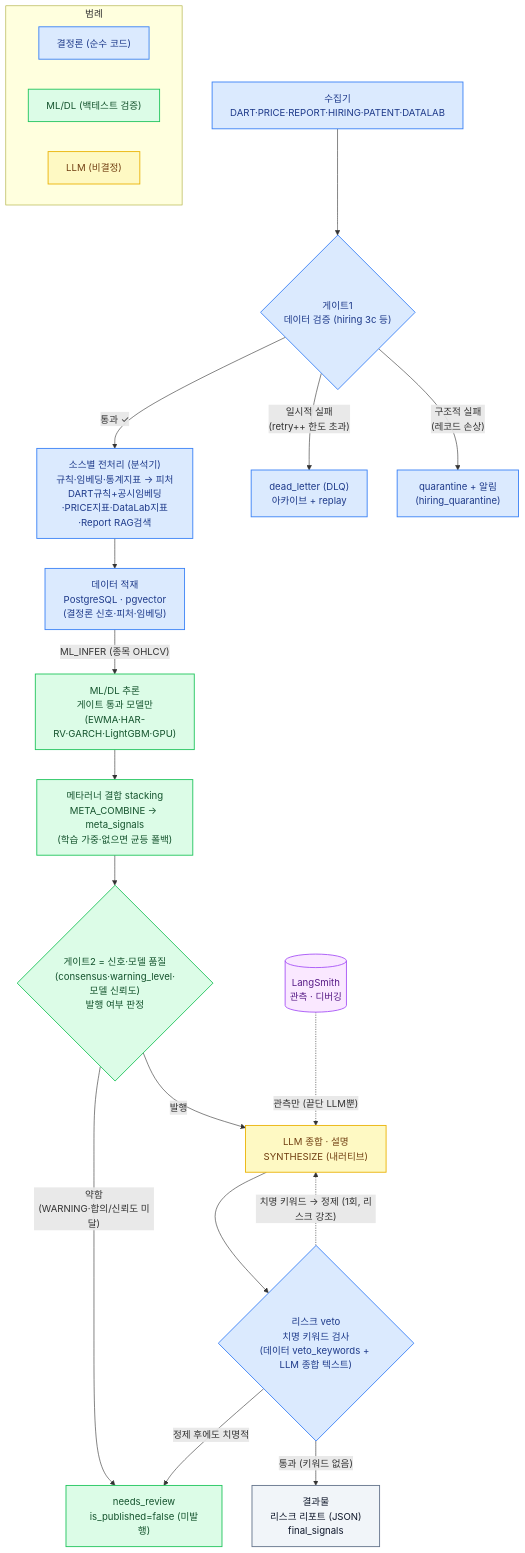
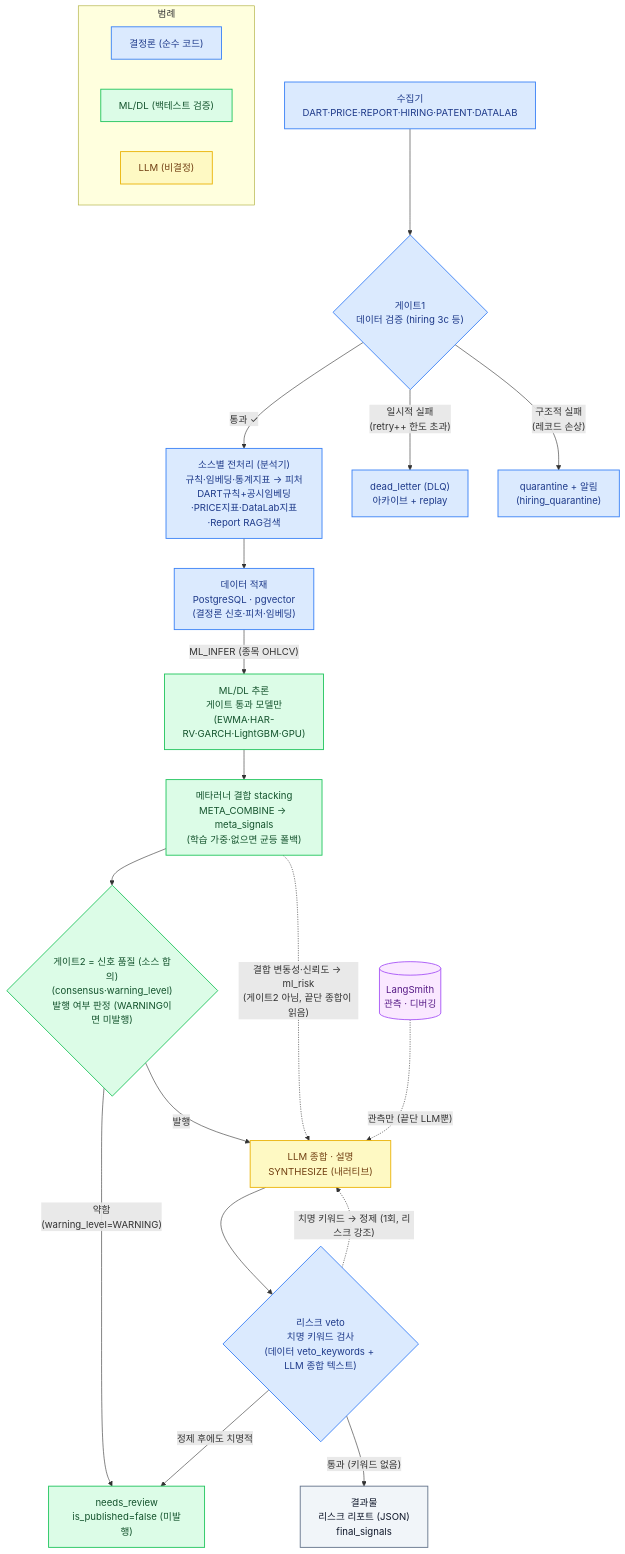
One commit to AIX14-3/signal-alpha changed the diagram in docs/design/architecture.mermaid. Above: the diagram before and after it, drawn with Mermaid. The commit also changed 14 other files, not shown here.

```diff
--- a/docs/design/architecture.mermaid
+++ b/docs/design/architecture.mermaid
@@ -1,35 +1,36 @@
 flowchart TD
     A["수집기<br/>DART·PRICE·REPORT·HIRING·PATENT·DATALAB"]:::det --> G1{"게이트1<br/>데이터 검증 (hiring 3c 등)"}:::det
 
     G1 -->|"통과 ✓"| B["소스별 전처리 (분석기)<br/>규칙·임베딩·통계지표 → 피처<br/>DART규칙+공시임베딩·PRICE지표·DataLab지표·Report RAG검색"]:::det
     G1 -->|"일시적 실패<br/>(retry++ 한도 초과)"| DLQ["dead_letter (DLQ)<br/>아카이브 + replay"]:::det
     G1 -->|"구조적 실패<br/>(레코드 손상)"| Q["quarantine + 알림<br/>(hiring_quarantine)"]:::det
 
     B --> C["데이터 적재<br/>PostgreSQL · pgvector<br/>(결정론 신호·피처·임베딩)"]:::det
 
     C -->|"ML_INFER (종목 OHLCV)"| D["ML/DL 추론<br/>게이트 통과 모델만<br/>(EWMA·HAR-RV·GARCH·LightGBM·GPU)"]:::ml
     D --> E["메타러너 결합 stacking<br/>META_COMBINE → meta_signals<br/>(학습 가중·없으면 균등 폴백)"]:::ml
-    E --> G2{"게이트2 = 신호·모델 품질<br/>(consensus·warning_level·모델 신뢰도)<br/>발행 여부 판정"}:::ml
+    E --> G2{"게이트2 = 신호 품질 (소스 합의)<br/>(consensus·warning_level)<br/>발행 여부 판정 (WARNING이면 미발행)"}:::ml
 
-    G2 -->|"약함<br/>(WARNING·합의/신뢰도 미달)"| NR["needs_review<br/>is_published=false (미발행)"]:::ml
+    G2 -->|"약함<br/>(warning_level=WARNING)"| NR["needs_review<br/>is_published=false (미발행)"]:::ml
     G2 -->|"발행"| L["LLM 종합 · 설명<br/>SYNTHESIZE (내러티브)"]:::llm
+    E -. "결합 변동성·신뢰도 → ml_risk<br/>(게이트2 아님, 끝단 종합이 읽음)" .-> L
 
     L --> V{"리스크 veto<br/>치명 키워드 검사<br/>(데이터 veto_keywords + LLM 종합 텍스트)"}:::det
     V -->|"통과 (키워드 없음)"| O["결과물<br/>리스크 리포트 (JSON)<br/>final_signals"]:::out
     V -. "치명 키워드 → 정제 (1회, 리스크 강조)" .-> L
     V -->|"정제 후에도 치명적"| NR
 
     LS[("LangSmith<br/>관측 · 디버깅")]:::obs -. "관측만 (끝단 LLM뿐)" .-> L
 
     subgraph 범례 [" 범례 "]
         direction LR
         K1["결정론 (순수 코드)"]:::det
         K2["ML/DL (백테스트 검증)"]:::ml
         K3["LLM (비결정)"]:::llm
     end
 
     classDef det fill:#dbeafe,stroke:#3b82f6,stroke-width:1.5px,color:#1e3a8a
     classDef ml  fill:#dcfce7,stroke:#22c55e,stroke-width:1.5px,color:#14532d
     classDef llm fill:#fef9c3,stroke:#eab308,stroke-width:1.5px,color:#713f12
     classDef out fill:#f1f5f9,stroke:#64748b,stroke-width:1.5px,color:#0f172a
     classDef obs fill:#fae8ff,stroke:#a855f7,stroke-width:1.5px,color:#581c87
```
